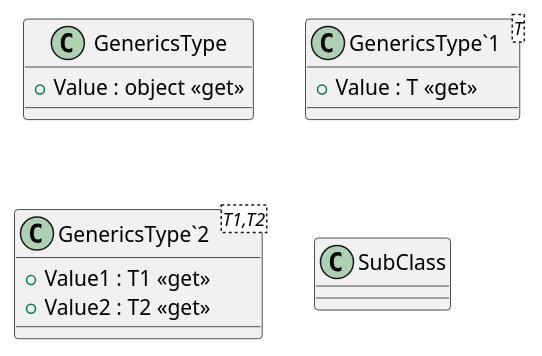
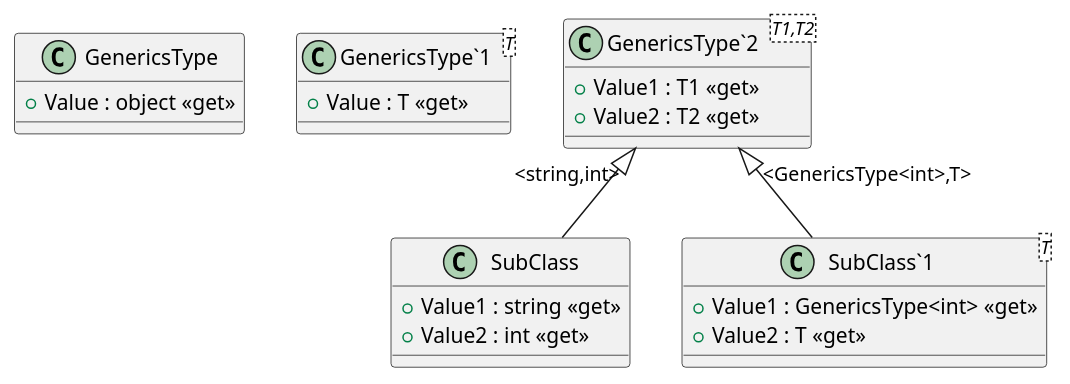
One commit to pierre3/PlantUmlClassDiagramGenerator changed the diagram in PlantUmlClassDiagramGeneratorTest/uml/GenericsType.puml. Above: the diagram before and after it, drawn with PlantUML. The commit also changed 9 other files, not shown here.

```diff
--- a/PlantUmlClassDiagramGeneratorTest/uml/GenericsType.puml
+++ b/PlantUmlClassDiagramGeneratorTest/uml/GenericsType.puml
@@ -1,12 +1,20 @@
 class GenericsType {
     + Value : object <<get>>
 }
 class "GenericsType`1"<T> {
     + Value : T <<get>>
 }
 class "GenericsType`2"<T1,T2> {
     + Value1 : T1 <<get>>
     + Value2 : T2 <<get>>
 }
 class SubClass {
+    + Value1 : string <<get>>
+    + Value2 : int <<get>>
 }
+class "SubClass`1"<T> {
+    + Value1 : GenericsType<int> <<get>>
+    + Value2 : T <<get>>
+}
+"GenericsType`2" "<string,int>" <|-- SubClass
+"GenericsType`2" "<GenericsType<int>,T>" <|-- "SubClass`1"
```
